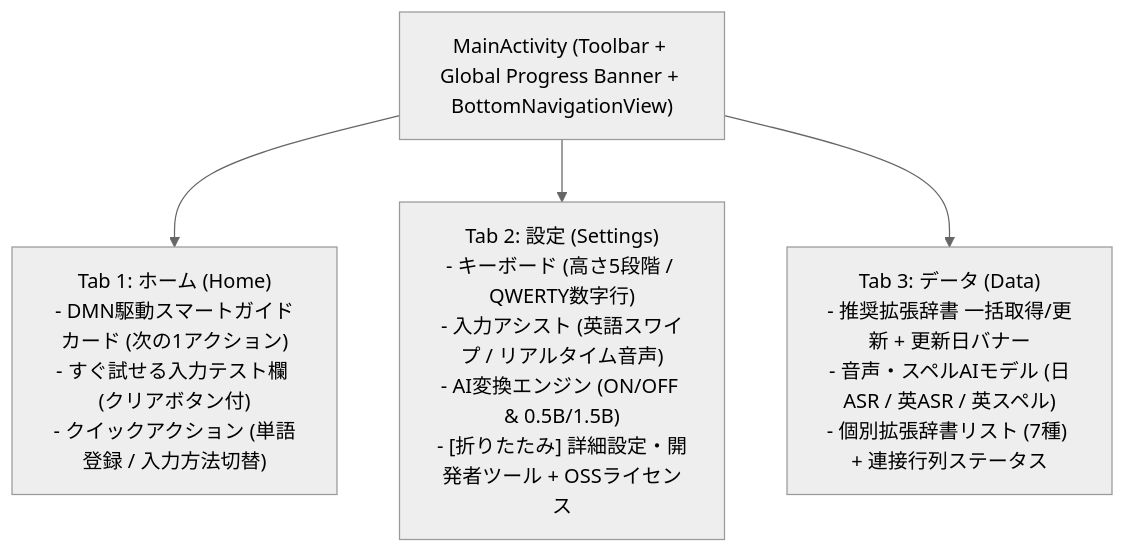
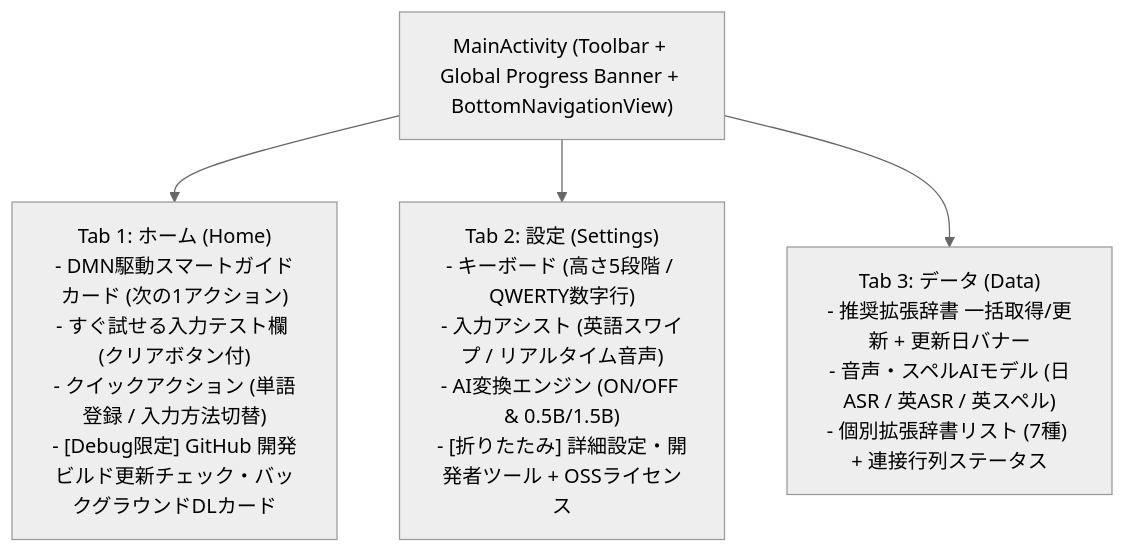
Before and after one commit to kenichikurihara/jotinput: the diagram in docs/prd_and_design_main_app_ui.md, drawn with Mermaid (neutral theme). The commit also changed 21 other files, not shown here.

Commit message:
feat(update): add debug-only GitHub Actions artifact update checker and background downloader

````diff
--- a/docs/prd_and_design_main_app_ui.md
+++ b/docs/prd_and_design_main_app_ui.md
@@ -70,11 +70,11 @@
 ```mermaid
 flowchart TD
     Main["MainActivity (Toolbar + Global Progress Banner + BottomNavigationView)"]
-    TabHome["Tab 1: ホーム (Home)\n- DMN駆動スマートガイドカード (次の1アクション)\n- すぐ試せる入力テスト欄 (クリアボタン付)\n- クイックアクション (単語登録 / 入力方法切替)"]
+    TabHome["Tab 1: ホーム (Home)\n- DMN駆動スマートガイドカード (次の1アクション)\n- すぐ試せる入力テスト欄 (クリアボタン付)\n- クイックアクション (単語登録 / 入力方法切替)\n- [Debug限定] GitHub 開発ビルド更新チェック・バックグラウンドDLカード"]
     TabSettings["Tab 2: 設定 (Settings)\n- キーボード (高さ5段階 / QWERTY数字行)\n- 入力アシスト (英語スワイプ / リアルタイム音声)\n- AI変換エンジン (ON/OFF & 0.5B/1.5B)\n- [折りたたみ] 詳細設定・開発者ツール + OSSライセンス"]
     TabData["Tab 3: データ (Data)\n- 推奨拡張辞書 一括取得/更新 + 更新日バナー\n- 音声・スペルAIモデル (日ASR / 英ASR / 英スペル)\n- 個別拡張辞書リスト (7種) + 連接行列ステータス"]
 
     Main --> TabHome
     Main --> TabSettings
     Main --> TabData
 ```
````
